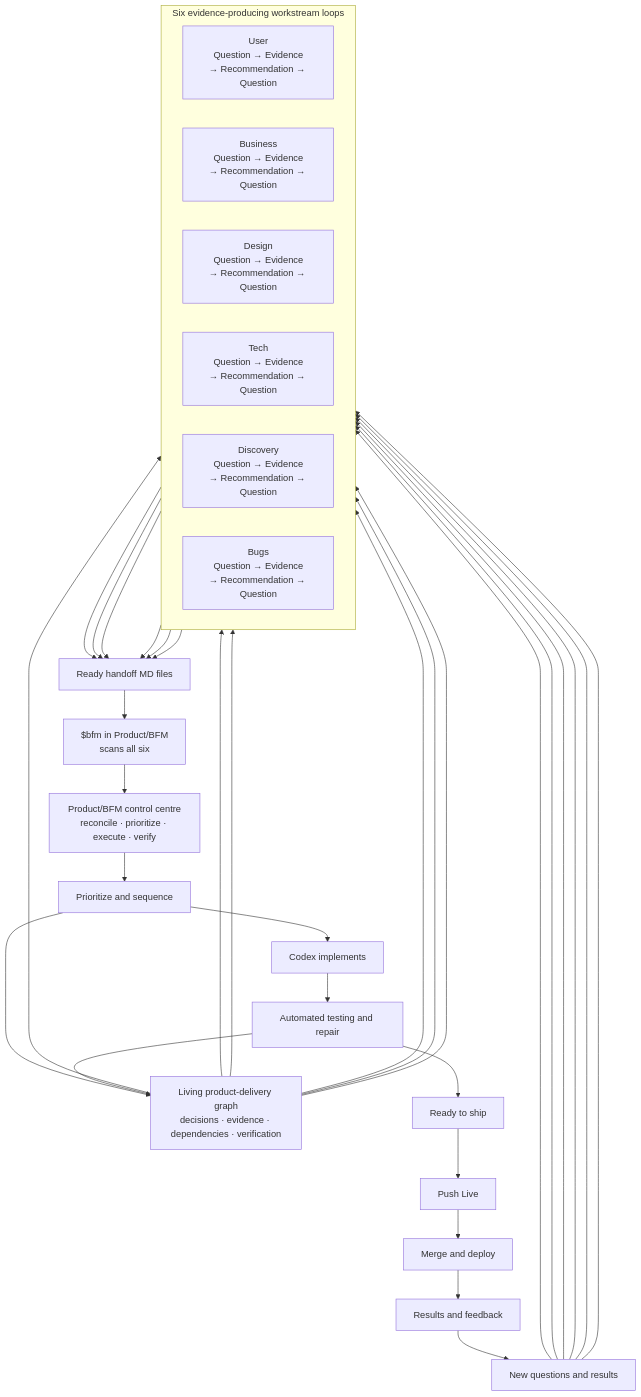
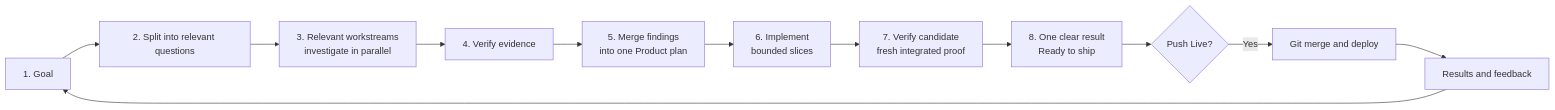
One commit to friedbeef1/fb-lane-coordination changed the diagram in README.md. Above: the diagram before and after it, drawn with Mermaid. The commit also changed other lines of this file and 57 other files, not shown here.

Commit message:
feat: align FB workflow with graph blueprint

````diff
--- a/README.md
+++ b/README.md
@@ -111,47 +124,14 @@
 ```mermaid
-flowchart TB
-    G["Living product-delivery graph<br/>decisions · evidence · dependencies · verification"]
-    subgraph M["Six evidence-producing workstream loops"]
-        direction LR
-        US["User<br/>Question → Evidence<br/>→ Recommendation → Question"]
-        BU["Business<br/>Question → Evidence<br/>→ Recommendation → Question"]
-        DE["Design<br/>Question → Evidence<br/>→ Recommendation → Question"]
-        TE["Tech<br/>Question → Evidence<br/>→ Recommendation → Question"]
-        DI["Discovery<br/>Question → Evidence<br/>→ Recommendation → Question"]
-        BG["Bugs<br/>Question → Evidence<br/>→ Recommendation → Question"]
-    end
-
-    PB["Product/BFM control centre<br/>reconcile · prioritize · execute · verify"]
-    G --> US
-    G --> BU
-    G --> DE
-    G --> TE
-    G --> DI
-    G --> BG
-    US --> H
-    BU --> H
-    DE --> H
-    TE --> H
-    DI --> H
-    BG --> H
-    H["Ready handoff MD files"]
-    B["$bfm in Product/BFM<br/>scans all six"]
-    P["Prioritize and sequence"]
-    C["Codex implements"]
-    T["Automated testing and repair"]
-    S["Ready to ship"]
-    L["Push Live"]
-    D["Merge and deploy"]
-    F["Results and feedback"]
-    N["New questions and results"]
-    H --> B --> PB --> P --> C --> T --> S --> L --> D --> F
-    P --> G
-    T --> G
-    F --> N
-    N --> US
-    N --> BU
-    N --> DE
-    N --> TE
-    N --> DI
-    N --> BG
+flowchart LR
+    G["1. Goal"] --> S["2. Split into relevant questions"]
+    S --> W["3. Relevant workstreams<br/>investigate in parallel"]
+    W --> V["4. Verify evidence"]
+    V --> M["5. Merge findings<br/>into one Product plan"]
+    M --> I["6. Implement<br/>bounded slices"]
+    I --> C["7. Verify candidate<br/>fresh integrated proof"]
+    C --> R["8. One clear result<br/>Ready to ship"]
+    R --> L{"Push Live?"}
+    L -->|"Yes"| D["Git merge and deploy"]
+    D --> F["Results and feedback"]
+    F --> G
 ```
````
